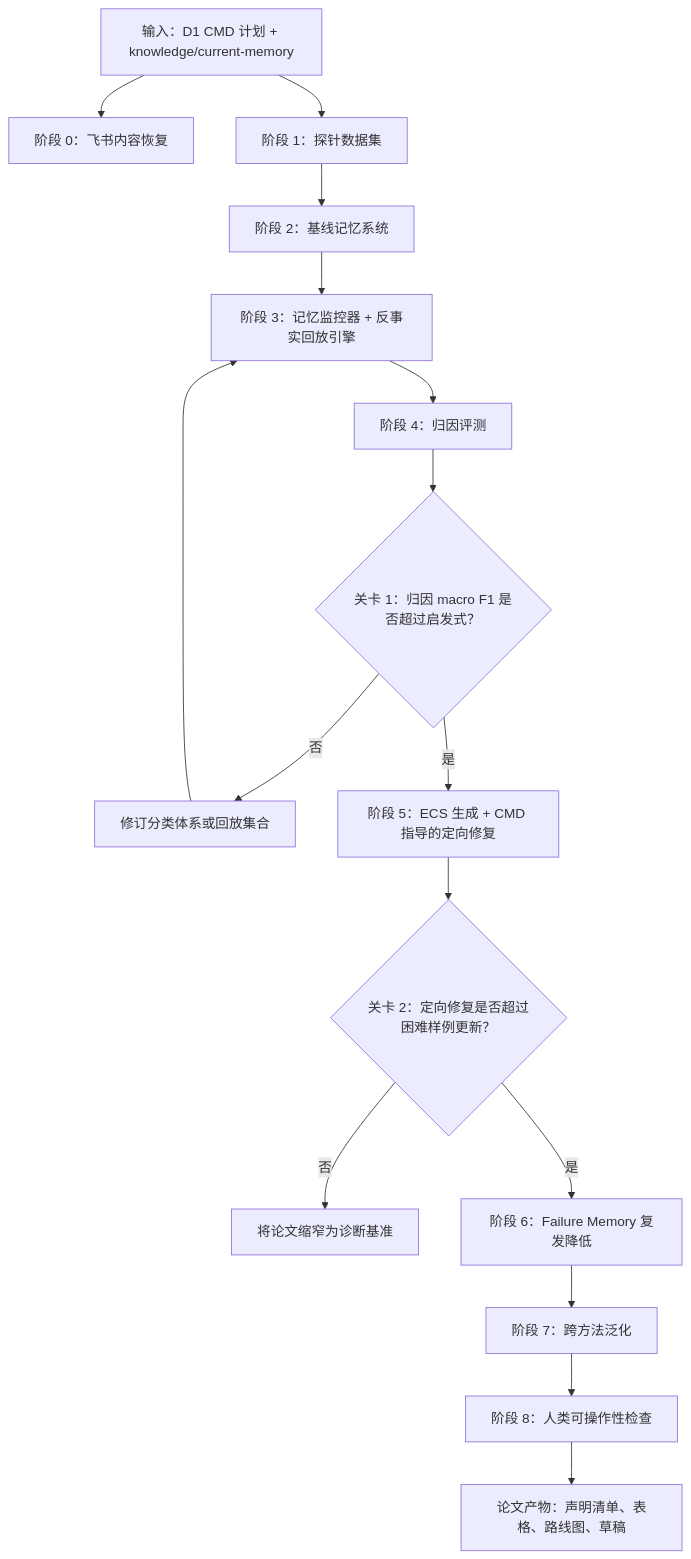
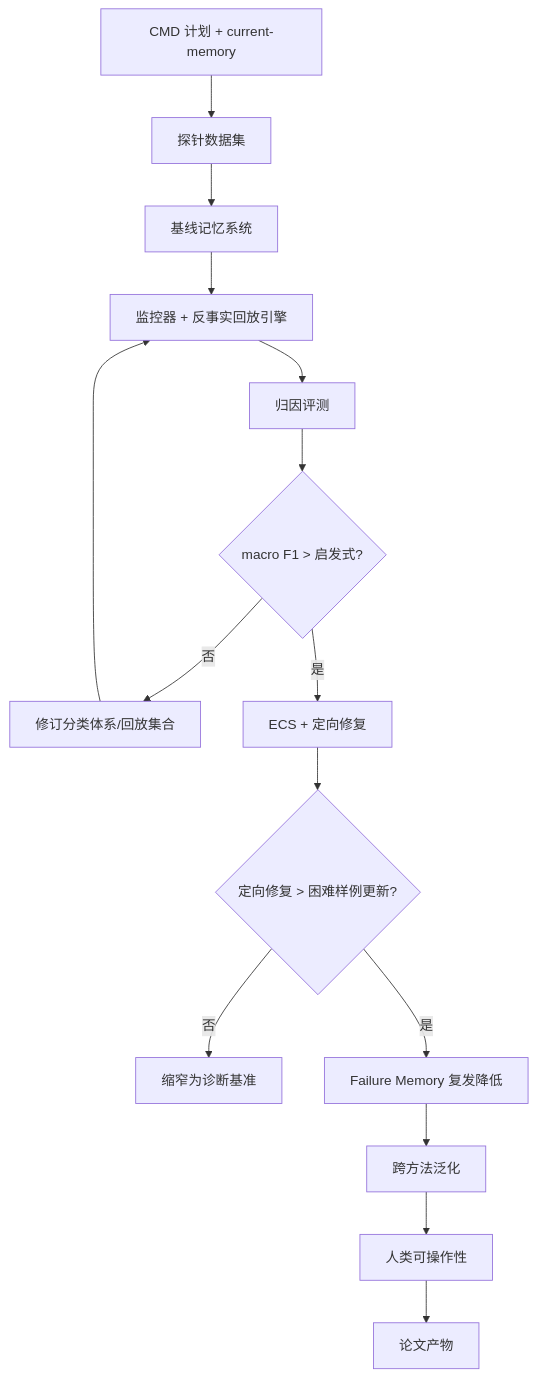
Before and after one commit to supremewen666/CMD_Memory: the diagram in cmd_innovation_core/plans/cmd_research_plan_and_roadmap.zh.md, drawn with Mermaid. The commit also changed other lines of this file and 214 other files, not shown here.

````diff
--- a/cmd_innovation_core/plans/cmd_research_plan_and_roadmap.zh.md
+++ b/cmd_innovation_core/plans/cmd_research_plan_and_roadmap.zh.md
@@ -489,18 +117,17 @@
 ```mermaid
 flowchart TD
-  A["输入：D1 CMD 计划 + knowledge/current-memory"] --> B["阶段 0：飞书内容恢复"]
-  A --> C["阶段 1：探针数据集"]
-  C --> D["阶段 2：基线记忆系统"]
-  D --> E["阶段 3：记忆监控器 + 反事实回放引擎"]
-  E --> F["阶段 4：归因评测"]
-  F --> G{"关卡 1：归因 macro F1 是否超过启发式？"}
-  G -- "否" --> H["修订分类体系或回放集合"]
-  H --> E
-  G -- "是" --> I["阶段 5：ECS 生成 + CMD 指导的定向修复"]
-  I --> J{"关卡 2：定向修复是否超过困难样例更新？"}
-  J -- "否" --> K["将论文缩窄为诊断基准"]
-  J -- "是" --> L["阶段 6：Failure Memory 复发降低"]
-  L --> M["阶段 7：跨方法泛化"]
-  M --> O["阶段 8：人类可操作性检查"]
-  O --> N["论文产物：声明清单、表格、路线图、草稿"]
+  A["CMD 计划 + current-memory"] --> B["探针数据集"]
+  B --> C["基线记忆系统"]
+  C --> D["监控器 + 反事实回放引擎"]
+  D --> E["归因评测"]
+  E --> F{"macro F1 > 启发式?"}
+  F -- 否 --> G["修订分类体系/回放集合"]
+  G --> D
+  F -- 是 --> H["ECS + 定向修复"]
+  H --> I{"定向修复 > 困难样例更新?"}
+  I -- 否 --> J["缩窄为诊断基准"]
+  I -- 是 --> K["Failure Memory 复发降低"]
+  K --> L["跨方法泛化"]
+  L --> M["人类可操作性"]
+  M --> N["论文产物"]
 ```
````
